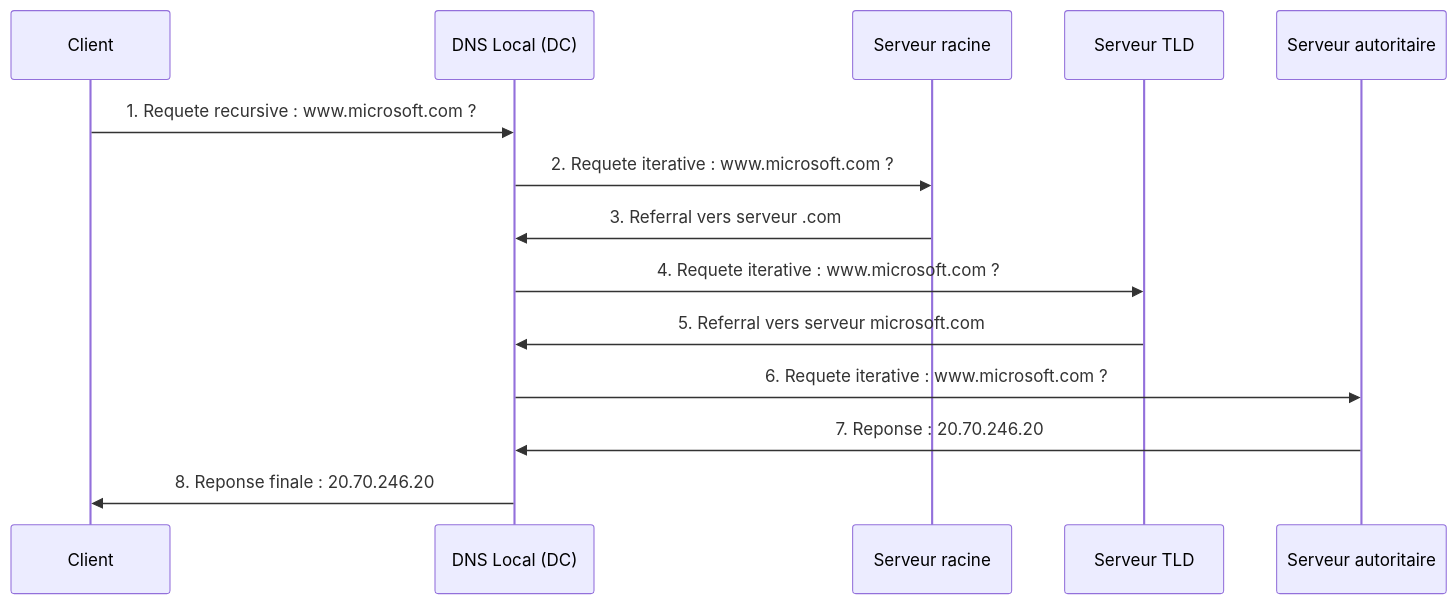
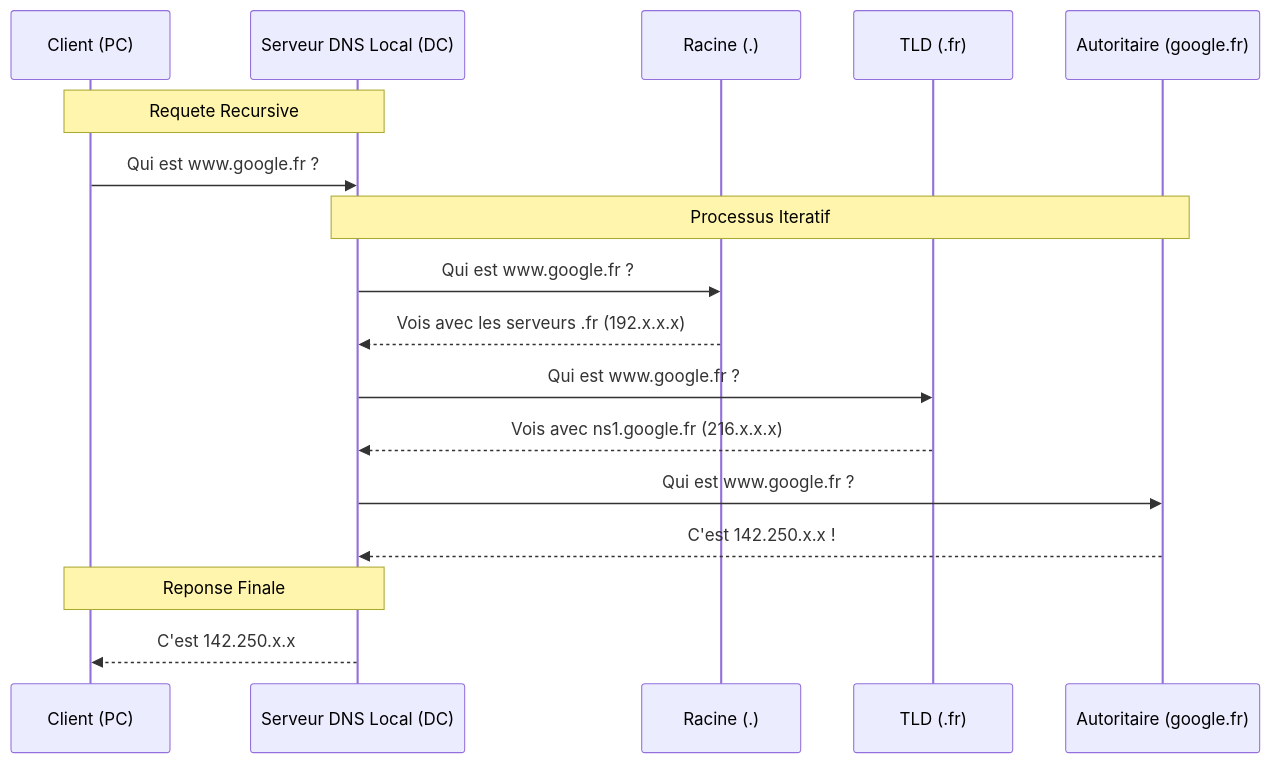
The second of 3 diagrams in docs/active-directory/dns/concepts-dns.md (VBlackJack/WinOpsLab), drawn with Mermaid before and after one commit. The commit also changed other lines of this file and 213 other files, not shown here.

First line of the commit message:
Audit documentation: level badges, time estimates, card grid, new diagrams

````diff
--- a/docs/active-directory/dns/concepts-dns.md
+++ b/docs/active-directory/dns/concepts-dns.md
@@ -72,17 +86,24 @@
 ```mermaid
 sequenceDiagram
-    participant C as Client
-    participant L as DNS Local (DC)
-    participant R as Serveur racine
-    participant T as Serveur TLD
-    participant A as Serveur autoritaire
+    participant C as Client (PC)
+    participant L as Serveur DNS Local (DC)
+    participant R as Racine (.)
+    participant T as TLD (.fr)
+    participant A as Autoritaire (google.fr)
 
-    C->>L: 1. Requete recursive : www.microsoft.com ?
-    L->>R: 2. Requete iterative : www.microsoft.com ?
-    R->>L: 3. Referral vers serveur .com
-    L->>T: 4. Requete iterative : www.microsoft.com ?
-    T->>L: 5. Referral vers serveur microsoft.com
-    L->>A: 6. Requete iterative : www.microsoft.com ?
-    A->>L: 7. Reponse : 20.70.246.20
-    L->>C: 8. Reponse finale : 20.70.246.20
+    Note over C,L: Requete Recursive
+    C->>L: Qui est www.google.fr ?
+    
+    Note over L,A: Processus Iteratif
+    L->>R: Qui est www.google.fr ?
+    R-->>L: Vois avec les serveurs .fr (192.x.x.x)
+    
+    L->>T: Qui est www.google.fr ?
+    T-->>L: Vois avec ns1.google.fr (216.x.x.x)
+    
+    L->>A: Qui est www.google.fr ?
+    A-->>L: C'est 142.250.x.x !
+    
+    Note over C,L: Reponse Finale
+    L-->>C: C'est 142.250.x.x
 ```
````
